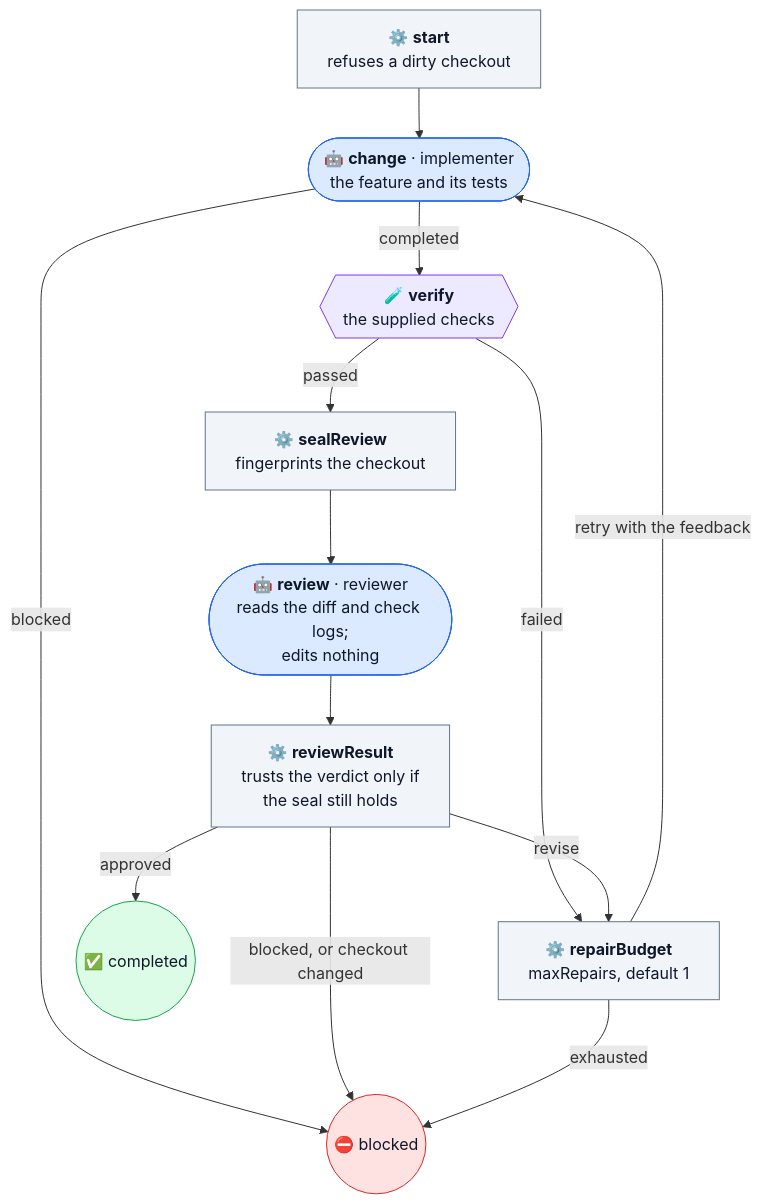
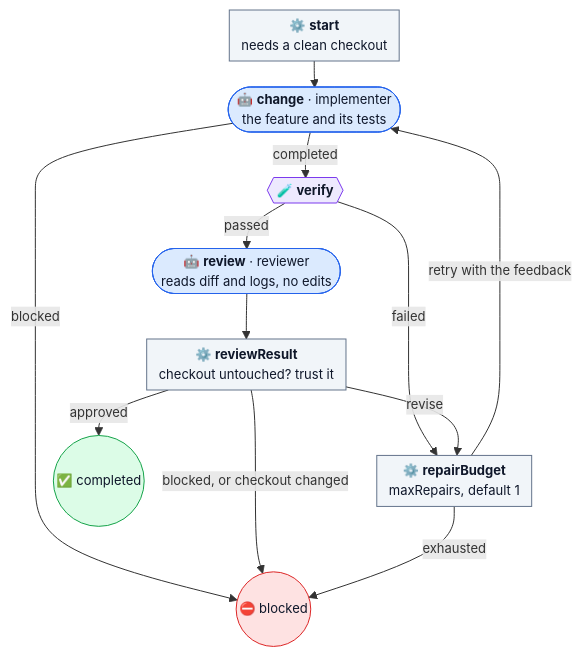
Before and after one commit to dna113p/machine-shop: the diagram in docs/workflows/implement-task.md, drawn with Mermaid. The commit also changed 13 other files, not shown here.

First line of the commit message:
The workflow diagrams are about half their size

````diff
--- a/docs/workflows/implement-task.md
+++ b/docs/workflows/implement-task.md
@@ -41,34 +41,34 @@
 ```mermaid
+%%{init: {"themeVariables": {"fontSize": "13px"}, "flowchart": {"nodeSpacing": 16, "rankSpacing": 26, "padding": 6, "diagramPadding": 4}}}%%
 flowchart TD
-  start["⚙️ <b>start</b><br/>refuses a dirty checkout"]
+  start["⚙️ <b>start</b><br/>needs a clean checkout"]
   change(["🤖 <b>change</b> · implementer<br/>the feature and its tests"])
-  verify{{"🧪 <b>verify</b><br/>the supplied checks"}}
-  seal["⚙️ <b>sealReview</b><br/>fingerprints the checkout"]
-  review(["🤖 <b>review</b> · reviewer<br/>reads the diff and check logs;<br/>edits nothing"])
-  result["⚙️ <b>reviewResult</b><br/>trusts the verdict only if<br/>the seal still holds"]
+  verify{{"🧪 <b>verify</b>"}}
+  review(["🤖 <b>review</b> · reviewer<br/>reads diff and logs, no edits"])
+  result["⚙️ <b>reviewResult</b><br/>checkout untouched? trust it"]
   budget["⚙️ <b>repairBudget</b><br/>maxRepairs, default 1"]
   done(("✅ completed"))
   blocked(("⛔ blocked"))
 
   start --> change
   change -->|completed| verify
   change -->|blocked| blocked
-  verify -->|passed| seal --> review --> result
+  verify -->|passed| review --> result
   verify -->|failed| budget
   result -->|approved| done
   result -->|revise| budget
   result -->|"blocked, or checkout changed"| blocked
   budget -->|retry with the feedback| change
   budget -->|exhausted| blocked
 
   classDef agent fill:#dbeafe,stroke:#2563eb,color:#0f172a
   classDef op fill:#f1f5f9,stroke:#64748b,color:#0f172a
   classDef gate fill:#ede9fe,stroke:#7c3aed,color:#0f172a
   classDef good fill:#dcfce7,stroke:#16a34a,color:#0f172a
   classDef bad fill:#fee2e2,stroke:#dc2626,color:#0f172a
   class change,review agent
-  class start,seal,result,budget op
+  class start,result,budget op
   class verify gate
   class done good
   class blocked bad
 ```
````
